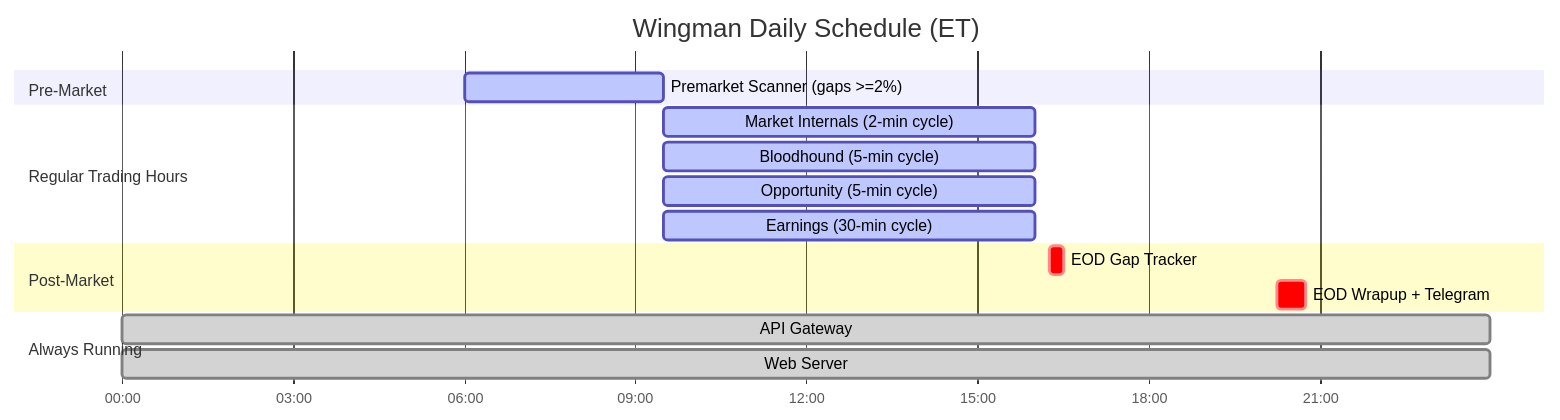
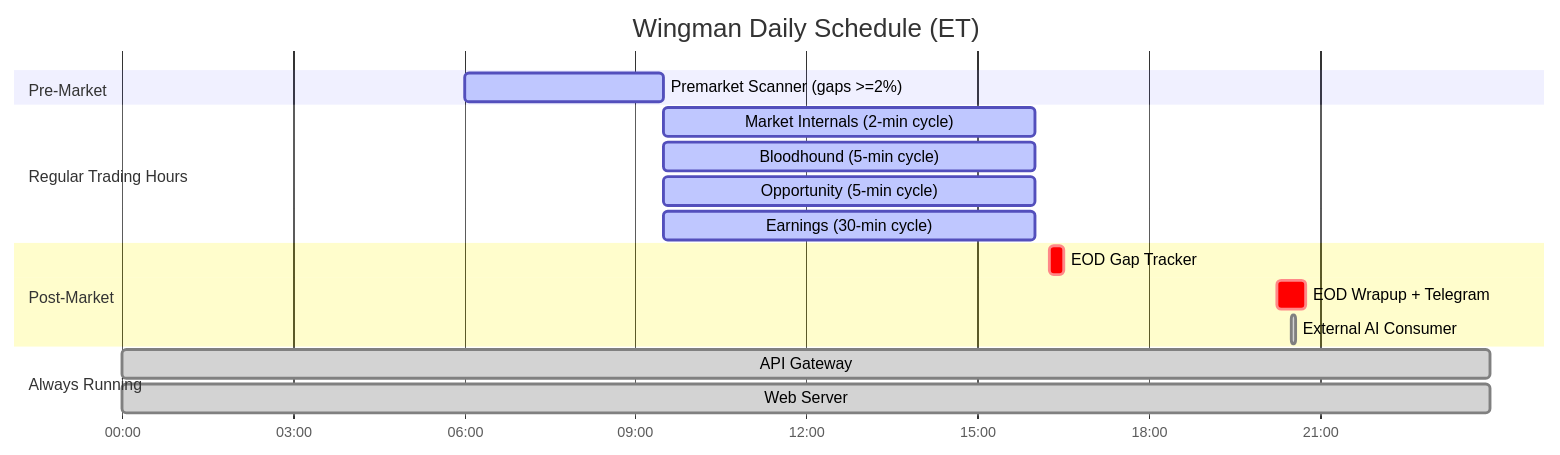
Diagram 11 of 12 in docs/SYSTEM_ARCHITECTURE.md (Namkuzu-da-OS/Divergance-Scanner), drawn with Mermaid before and after one commit. The commit also changed other lines of this file and 3 other files, not shown here.

First line of the commit message:
Add external AI consumer to architecture diagrams and docs

````diff
--- a/docs/SYSTEM_ARCHITECTURE.md
+++ b/docs/SYSTEM_ARCHITECTURE.md
@@ -667,23 +678,24 @@
 ```mermaid
 gantt
     title Wingman Daily Schedule (ET)
     dateFormat HH:mm
     axisFormat %H:%M
 
     section Pre-Market
     Premarket Scanner (gaps >=2%)    :active, pm, 06:00, 09:30
 
     section Regular Trading Hours
     Market Internals (2-min cycle)   :active, mi, 09:30, 16:00
     Bloodhound (5-min cycle)         :active, bh, 09:30, 16:00
     Opportunity (5-min cycle)        :active, op, 09:30, 16:00
     Earnings (30-min cycle)          :active, ea, 09:30, 16:00
 
     section Post-Market
     EOD Gap Tracker                  :crit, gt, 16:15, 16:30
     EOD Wrapup + Telegram            :crit, ew, 20:15, 20:45
+    External AI Consumer             :done, ai, 20:30, 20:35
 
     section Always Running
     API Gateway                      :done, gw, 00:00, 23:59
     Web Server                       :done, ws, 00:00, 23:59
 ```
````
